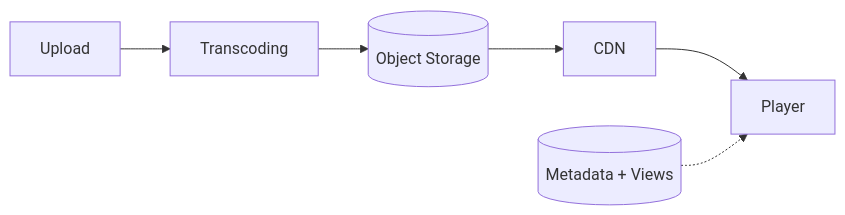
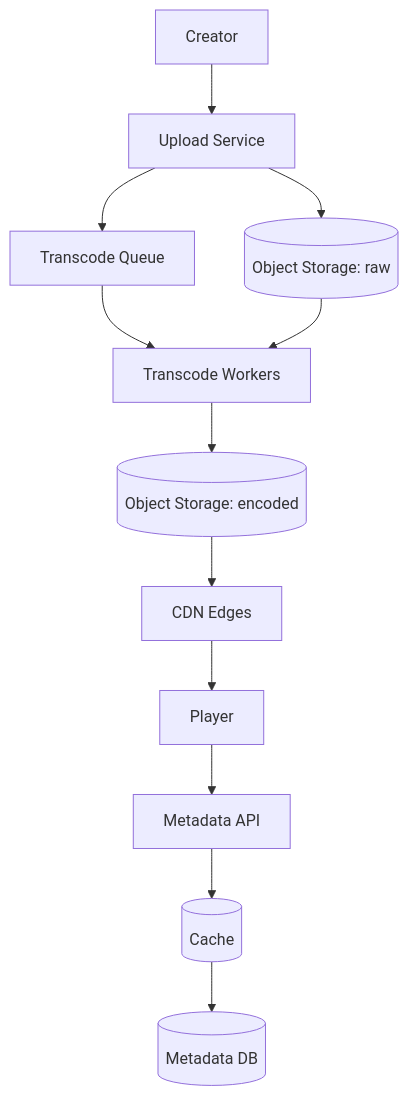
Before and after one commit to design-gurus/grokking-system-design: the first of 2 diagrams in questions/design-youtube.md, drawn with Mermaid. The commit also changed other lines of this file and 19 other files, not shown here.

````diff
--- a/questions/design-youtube.md
+++ b/questions/design-youtube.md
@@ -21,8 +77,14 @@
 ```mermaid
-flowchart LR
-    Upload[Upload] --> TP[Transcoding]
-    TP --> OS[(Object Storage)]
-    OS --> CDN[CDN]
+flowchart TD
+    Creator[Creator] --> Up[Upload Service]
+    Up --> Raw[("Object Storage: raw")]
+    Up --> Q[Transcode Queue]
+    Q --> W[Transcode Workers]
+    Raw --> W
+    W --> Enc[("Object Storage: encoded")]
+    Enc --> CDN[CDN Edges]
     CDN --> Player[Player]
-    Meta[(Metadata + Views)] -.-> Player
+    Player --> API[Metadata API]
+    API --> Cache[(Cache)]
+    Cache --> Meta[(Metadata DB)]
 ```
````
